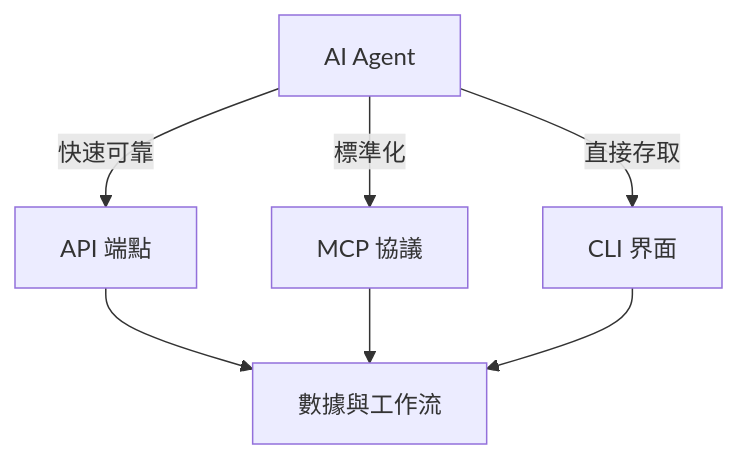
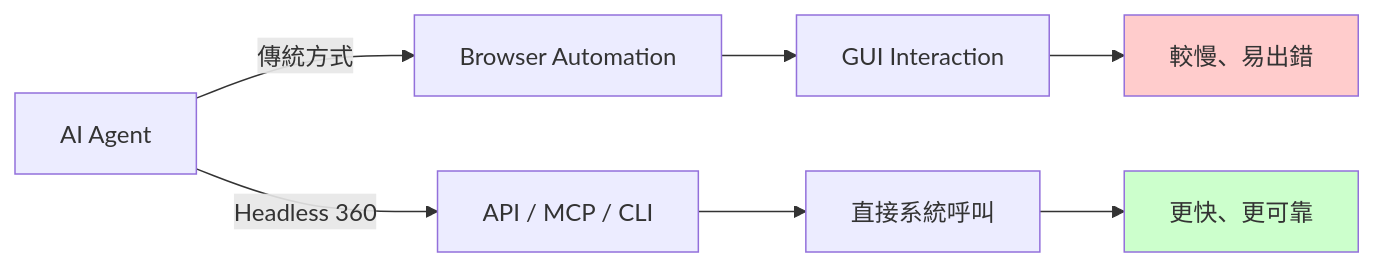
One commit to nick-xrex/ai-daily-content changed the diagram in 20-daily/2026-04-19.md. Above: the diagram before and after it, drawn with Mermaid. The commit also changed other lines of this file and 58 other files, not shown here.

````diff
--- a/20-daily/2026-04-19.md
+++ b/20-daily/2026-04-19.md
@@ -63,15 +25,12 @@
 ```mermaid
-graph TD
+flowchart LR
     Agent["AI Agent"]
-    API["API 端點"]
-    MCP["MCP 協議"]
-    CLI["CLI 界面"]
-    Data["數據與工作流"]
-    
-    Agent -->|快速可靠| API
-    Agent -->|標準化| MCP
-    Agent -->|直接存取| CLI
-    API --> Data
-    MCP --> Data
-    CLI --> Data
+    Agent -->|傳統方式| Browser["Browser Automation"]
+    Browser --> GUI["GUI Interaction"]
+    GUI --> Slow["較慢、易出錯"]
+    Agent -->|Headless 360| API["API / MCP / CLI"]
+    API --> Direct["直接系統呼叫"]
+    Direct --> Fast["更快、更可靠"]
+    style Slow fill:#ffcccc
+    style Fast fill:#ccffcc
 ```
````
